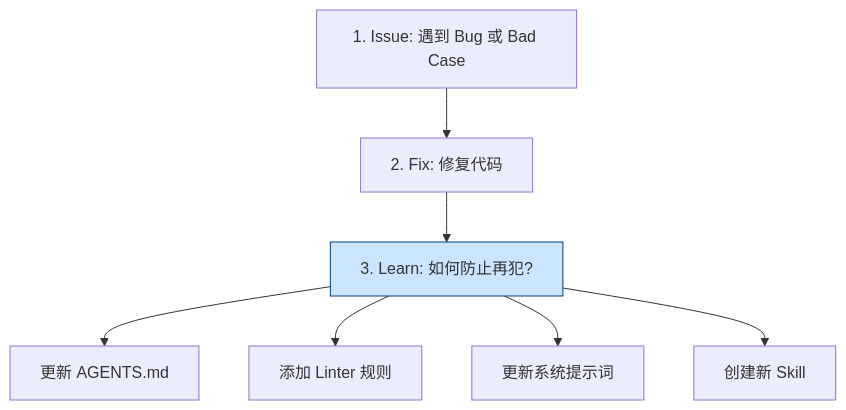
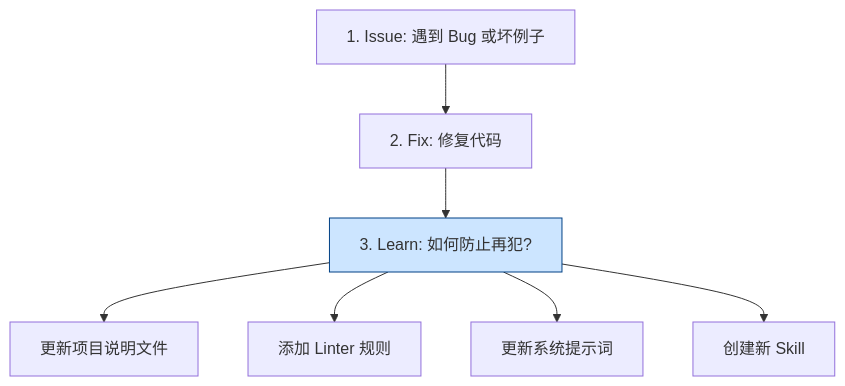
The fifth of 6 diagrams in 10_agentic_coding/10.5_best_practices.md (yeasy/agentic_ai_guide), drawn with Mermaid before and after one commit. The commit also changed other lines of this file and 88 other files, not shown here.

````diff
--- a/10_agentic_coding/10.5_best_practices.md
+++ b/10_agentic_coding/10.5_best_practices.md
@@ -413,11 +405,11 @@
 ```mermaid
 graph TD
-    Issue[1. Issue: 遇到 Bug 或 Bad Case] --> Fix[2. Fix: 修复代码]
+    Issue[1. Issue: 遇到 Bug 或坏例子] --> Fix[2. Fix: 修复代码]
     Fix --> Learn[3. Learn: 如何防止再犯?]
-    Learn --> Docs[更新 AGENTS.md]
+    Learn --> Docs[更新项目说明文件]
     Learn --> Rule[添加 Linter 规则]
     Learn --> Prompt[更新系统提示词]
     Learn --> Skill[创建新 Skill]
     
     style Learn fill:#cce5ff,stroke:#004085
 ```
````
